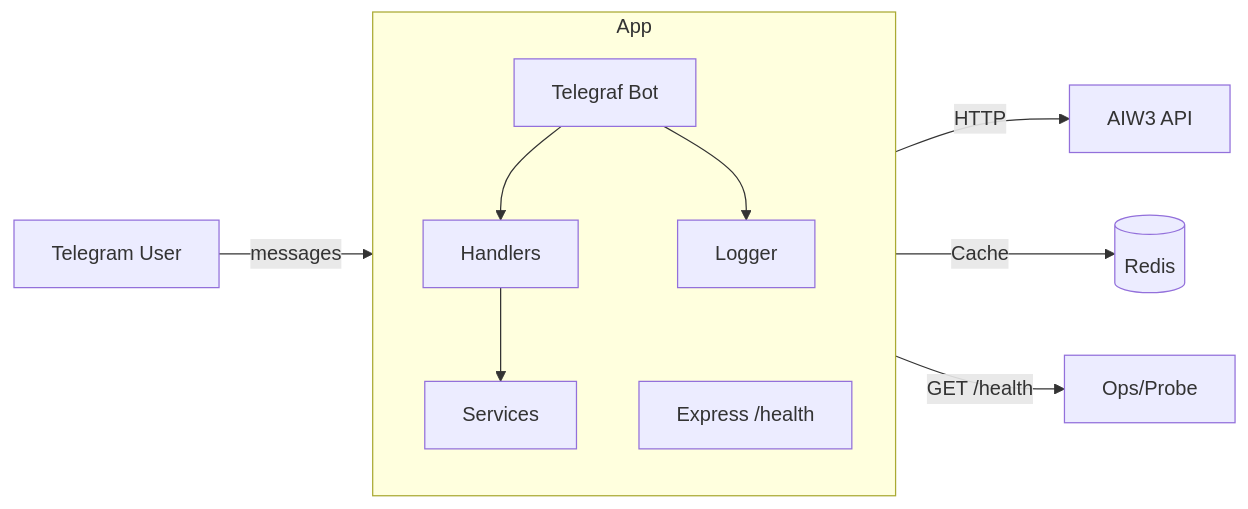
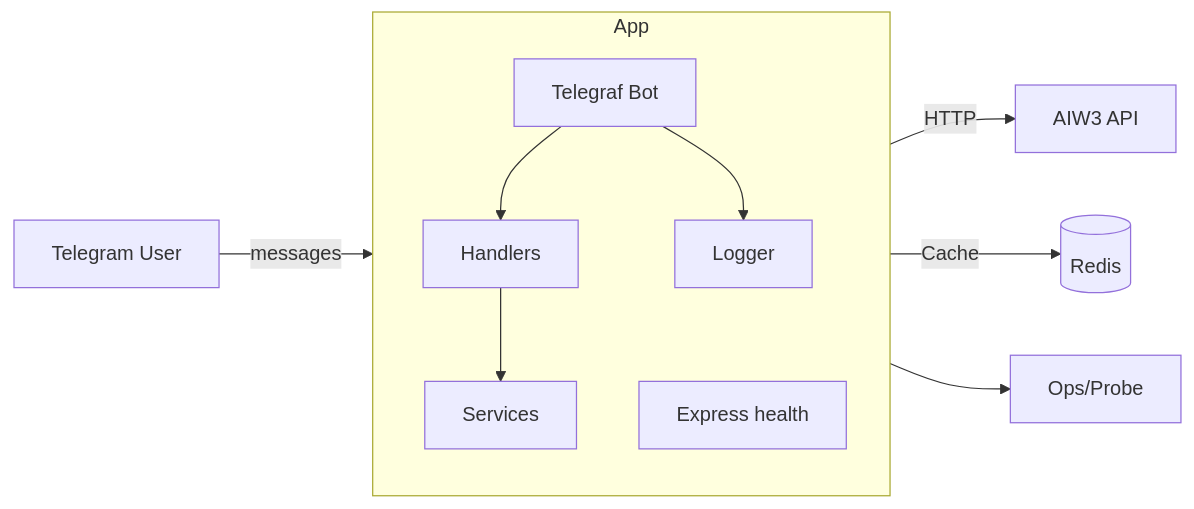
One commit to jichangduan/tg-tradingbot changed the diagram in README.en.md. Above: the diagram before and after it, drawn with Mermaid. The commit also changed 1 other file, not shown here.

Commit message:
docs: fix Mermaid diagrams for compatibility with Mermaid 8.9.0

````diff
--- a/README.en.md
+++ b/README.en.md
@@ -34,18 +34,18 @@
 ```mermaid
-flowchart LR
+graph LR
   U[Telegram User] -->|messages| TGBot[Telegraf Bot]
   TGBot --> H[Handlers]
   H --> S[Services]
   S -->|HTTP| API[AIW3 API]
   S -->|Cache| R[(Redis)]
   TGBot --> L[Logger]
   subgraph App
     direction TB
     TGBot
     H
     S
     L
-    HC[Express /health]
+    HC[Express health]
   end
-  HC -->|GET /health| Ops[Ops/Probe]
+  HC --> Ops[Ops/Probe]
 ```
````
